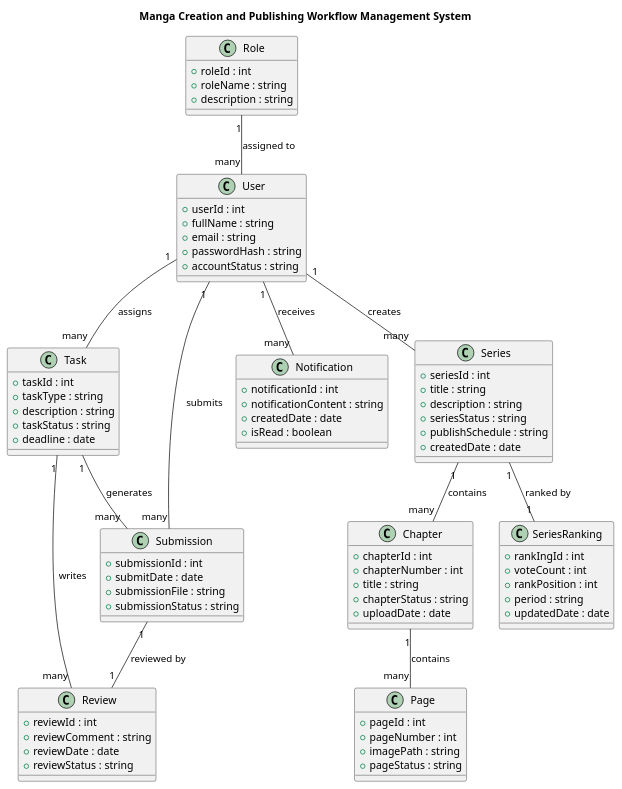
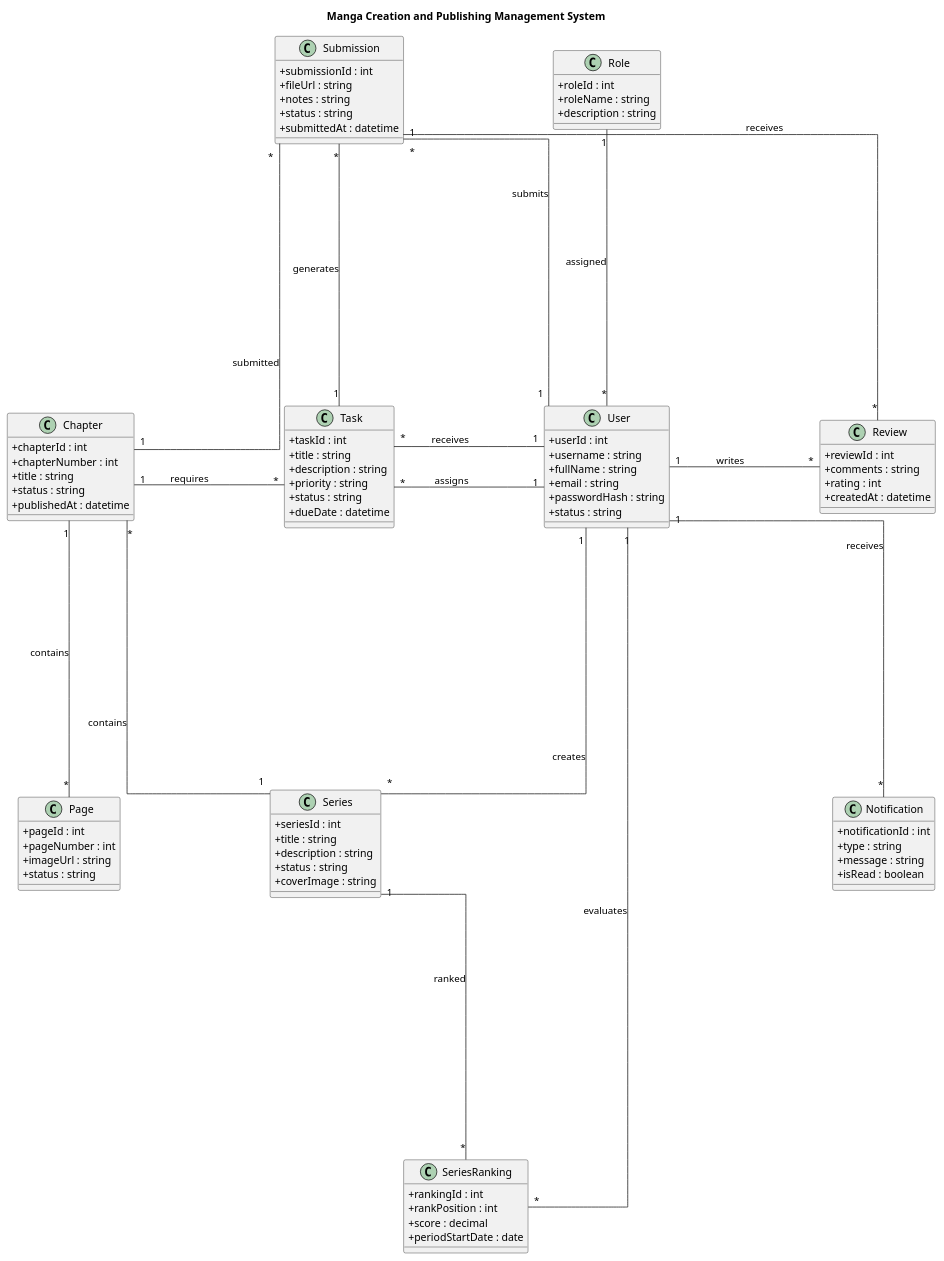
One commit to trongtan0079/manga-workflow-report changed the diagram in UML/Class_Diagram.puml. Above: the diagram before and after it, drawn with PlantUML. The commit also changed 1 other file, not shown here.

Commit message:
cập nhật code planuml của ERD và class

```diff
--- a/UML/Class_Diagram.puml
+++ b/UML/Class_Diagram.puml
@@ -1,91 +1,104 @@
 @startuml
-title Manga Creation and Publishing Workflow Management System
+title Manga Creation and Publishing Management System
+skinparam classAttributeIconSize 0
+skinparam linetype ortho
+skinparam ranksep 350
+skinparam nodesep 200
+top to bottom direction
 
 class Role {
   +roleId : int
   +roleName : string
   +description : string
 }
 
 class User {
   +userId : int
+  +username : string
   +fullName : string
   +email : string
   +passwordHash : string
-  +accountStatus : string
-}
-
-class Task {
-  +taskId : int
-  +taskType : string
-  +description : string
-  +taskStatus : string
-  +deadline : date
-}
-
-class Submission {
-  +submissionId : int
-  +submitDate : date
-  +submissionFile : string
-  +submissionStatus : string
-}
-
-class Review {
-  +reviewId : int
-  +reviewComment : string
-  +reviewDate : date
-  +reviewStatus : string
-}
-
-class Notification {
-  +notificationId : int
-  +notificationContent : string
-  +createdDate : date
-  +isRead : boolean
+  +status : string
 }
 
 class Series {
   +seriesId : int
   +title : string
   +description : string
-  +seriesStatus : string
-  +publishSchedule : string
-  +createdDate : date
-}
-
-class SeriesRanking {
-  +rankIngId : int
-  +voteCount : int
-  +rankPosition : int
-  +period : string
-  +updatedDate : date
+  +status : string
+  +coverImage : string
 }
 
 class Chapter {
   +chapterId : int
   +chapterNumber : int
   +title : string
-  +chapterStatus : string
-  +uploadDate : date
+  +status : string
+  +publishedAt : datetime
 }
 
 class Page {
   +pageId : int
   +pageNumber : int
-  +imagePath : string
-  +pageStatus : string
+  +imageUrl : string
+  +status : string
 }
 
-Role "1" -- "many" User : assigned to
-User "1" -- "many" Series : creates
-Series "1" -- "1" SeriesRanking : ranked by
-Series "1" -- "many" Chapter : contains
-Chapter "1" -- "many" Page : contains
-User "1" -- "many" Submission : submits
-Submission "1" -- "1" Review : reviewed by
-User "1" -- "many" Task : assigns
-Task "1" -- "many" Submission : generates
-Task "1" -- "many" Review : writes
-User "1" -- "many" Notification : receives
+class Task {
+  +taskId : int
+  +title : string
+  +description : string
+  +priority : string
+  +status : string
+  +dueDate : datetime
+}
 
+class Submission {
+  +submissionId : int
+  +fileUrl : string
+  +notes : string
+  +status : string
+  +submittedAt : datetime
+}
+
+class Review {
+  +reviewId : int
+  +comments : string
+  +rating : int
+  +createdAt : datetime
+}
+
+class SeriesRanking {
+  +rankingId : int
+  +rankPosition : int
+  +score : decimal
+  +periodStartDate : date
+}
+
+class Notification {
+  +notificationId : int
+  +type : string
+  +message : string
+  +isRead : boolean
+}
+
+Role "1" -down- "*" User : assigned
+User "1" -down- "*" Series : creates
+Series "1" -down- "*" Chapter : contains
+Chapter "1" -down- "*" Page : contains
+
+Chapter "1" -right- "*" Task : requires
+User "1" -right- "*" Task : assigns
+User "1" -left- "*" Task : receives
+
+Task "1" -right- "*" Submission : generates
+Chapter "1" -left- "*" Submission : submitted
+User "1" -down- "*" Submission : submits
+
+Submission "1" -down- "*" Review : receives
+User "1" -right- "*" Review : writes
+
+Series "1" -down- "*" SeriesRanking : ranked
+User "1" -down- "*" SeriesRanking : evaluates
+User "1" -down- "*" Notification : receives
 @enduml
```
